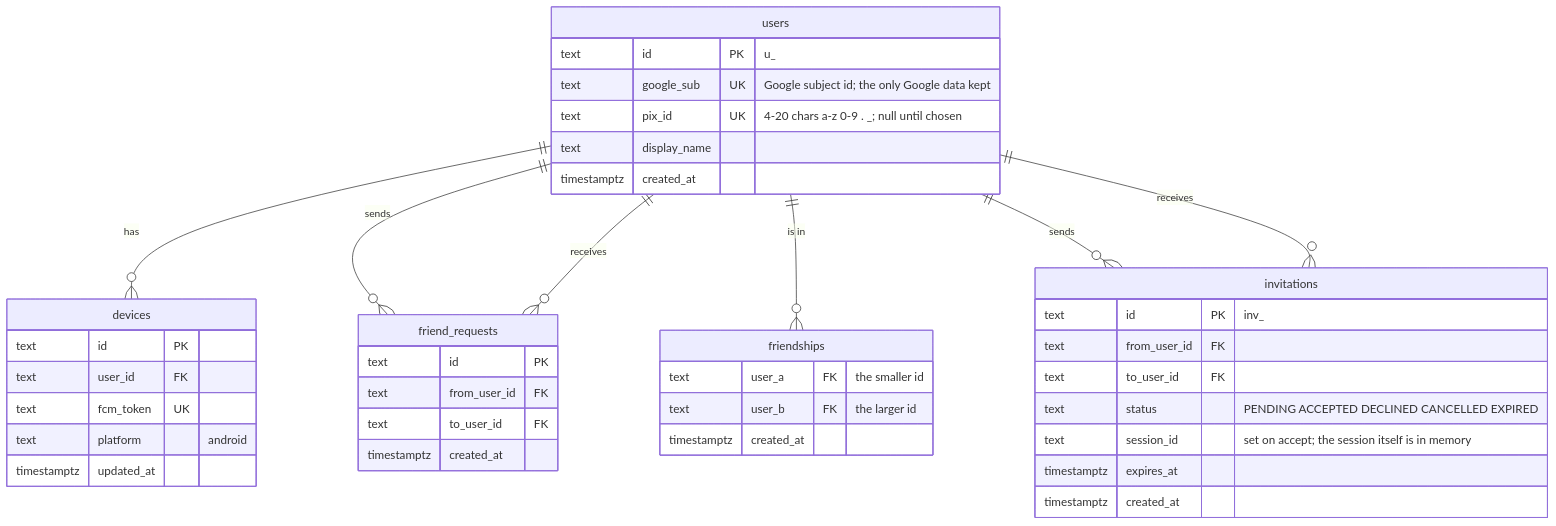
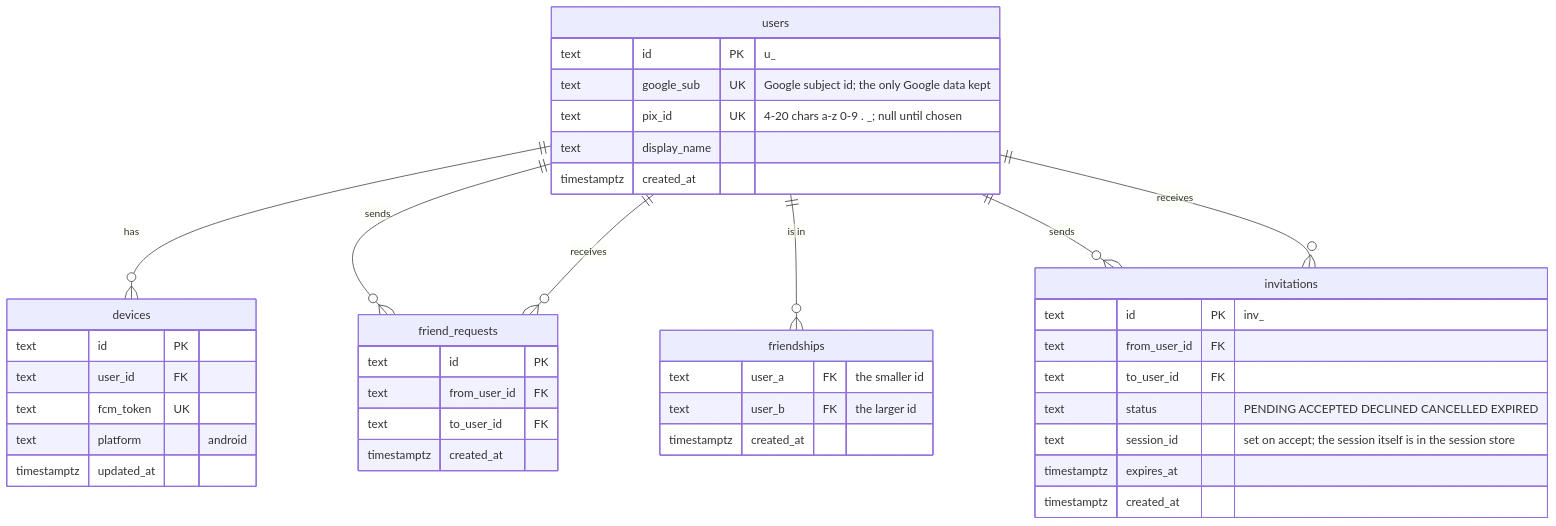
Diagram 12 of 12 in wiki/Design-Documentation.md (snuhcs-course/swpp-2026-project-team-10), drawn with Mermaid before and after one commit. The commit also changed other lines of this file and 24 other files, not shown here.

````diff
--- a/wiki/Design-Documentation.md
+++ b/wiki/Design-Documentation.md
@@ -1494,43 +1504,43 @@
 ```mermaid
 erDiagram
   users ||--o{ devices : has
   users ||--o{ friend_requests : sends
   users ||--o{ friend_requests : receives
   users ||--o{ friendships : "is in"
   users ||--o{ invitations : sends
   users ||--o{ invitations : receives
   users {
     text id PK "u_<ulid>"
     text google_sub UK "Google subject id; the only Google data kept"
     text pix_id UK "4-20 chars a-z 0-9 . _; null until chosen"
     text display_name
     timestamptz created_at
   }
   devices {
     text id PK
     text user_id FK
     text fcm_token UK
     text platform "android"
     timestamptz updated_at
   }
   friend_requests {
     text id PK
     text from_user_id FK
     text to_user_id FK
     timestamptz created_at
   }
   friendships {
     text user_a FK "the smaller id"
     text user_b FK "the larger id"
     timestamptz created_at
   }
   invitations {
     text id PK "inv_<ulid>"
     text from_user_id FK
     text to_user_id FK
     text status "PENDING ACCEPTED DECLINED CANCELLED EXPIRED"
-    text session_id "set on accept; the session itself is in memory"
+    text session_id "set on accept; the session itself is in the session store"
     timestamptz expires_at
     timestamptz created_at
   }
 ```
````
